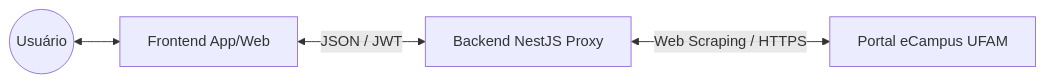
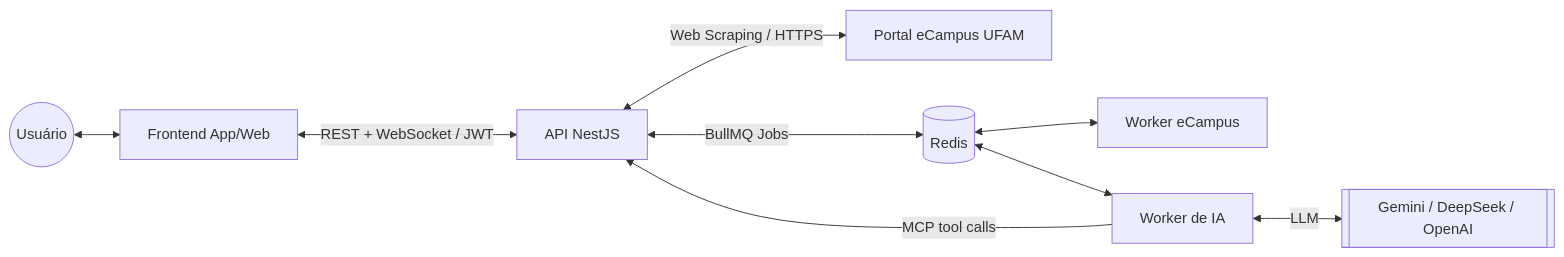
The diagram in README.md (matheusricardo1/Projeto-MeuCampus), drawn with Mermaid before and after one commit. The commit also changed other lines of this file and 20 other files, not shown here.

First line of the commit message:
fix: encrypt eCampus session/password in Redis and revoke stale sockets on login

````diff
--- a/README.md
+++ b/README.md
@@ -33,6 +41,11 @@
 ```mermaid
 flowchart LR
     User((Usuário)) <--> App[Frontend App/Web]
-    App <--> |JSON / JWT| API[Backend NestJS Proxy]
-    API <--> |Web Scraping / HTTPS| Ecampus[Portal eCampus UFAM]
+    App <-->|REST + WebSocket / JWT| API[API NestJS]
+    API <-->|Web Scraping / HTTPS| Ecampus[Portal eCampus UFAM]
+    API <-->|BullMQ Jobs| Redis[(Redis)]
+    Redis <--> EcampusWorker[Worker eCampus]
+    Redis <--> AiWorker[Worker de IA]
+    AiWorker -->|MCP tool calls| API
+    AiWorker <-->|LLM| Providers[[Gemini / DeepSeek / OpenAI]]
 ```
````
